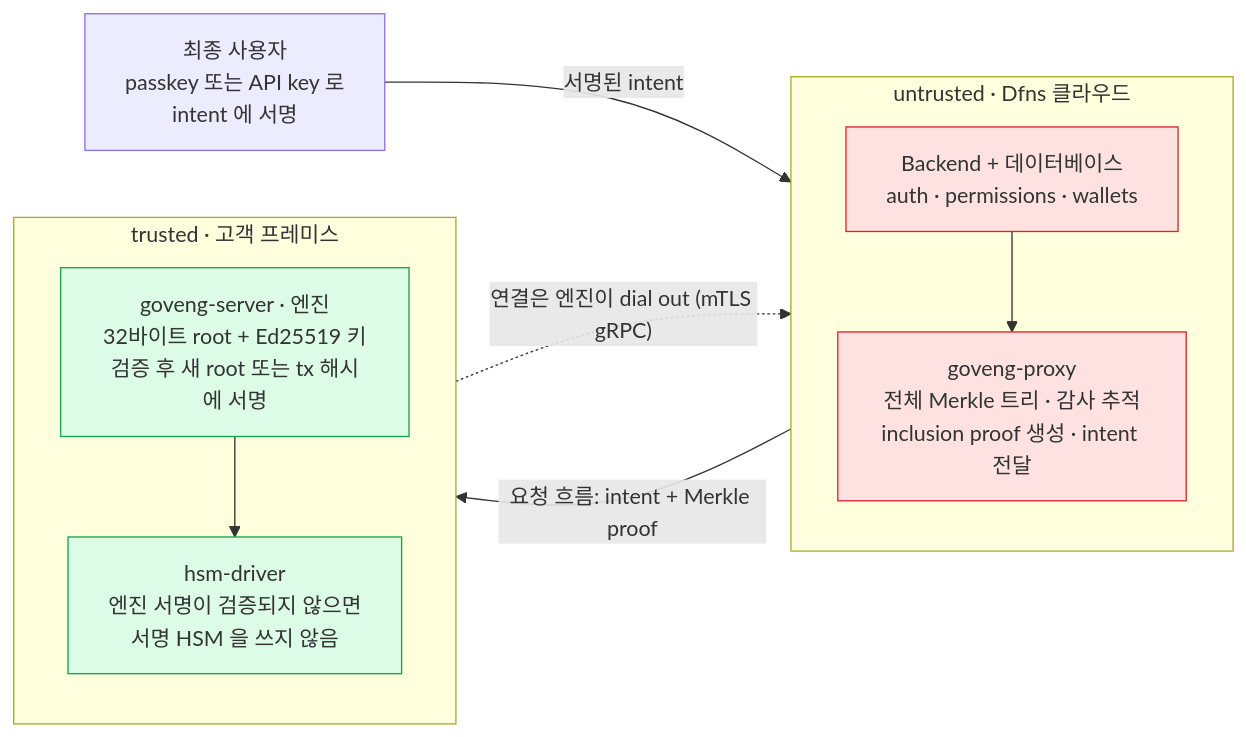
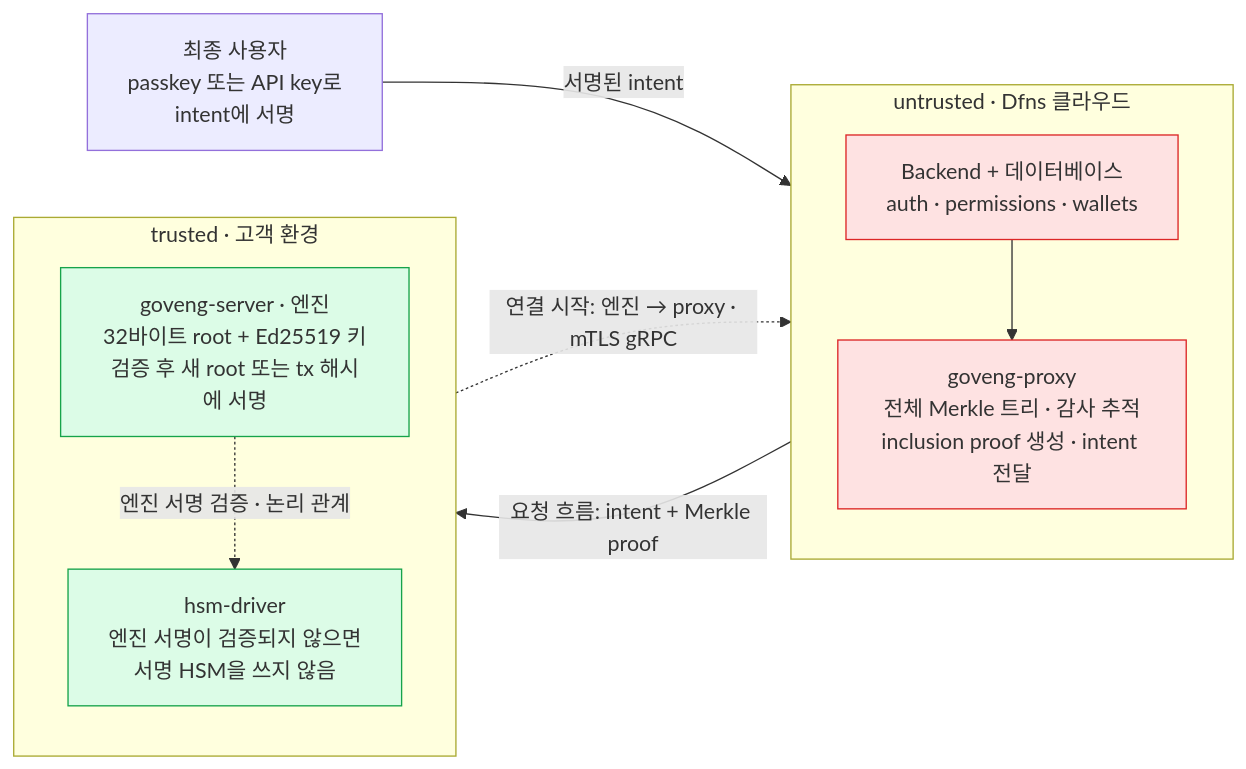
One commit to eunsujeo/eunpus changed the second of 3 diagrams in blockchain-manager/docs/플랫폼 아키텍처/Dfns/01-governance-engine.md. Above: the diagram before and after it, drawn with Mermaid. The commit also changed other lines of this file and 5 other files, not shown here.

Commit message:
docs: clarify Dfns deployment and governance architecture

````diff
--- a/blockchain-manager/docs/플랫폼 아키텍처/Dfns/01-governance-engine.md
+++ b/blockchain-manager/docs/플랫폼 아키텍처/Dfns/01-governance-engine.md
@@ -51,22 +86,22 @@
 ```mermaid
 flowchart LR
   subgraph UNT["untrusted · Dfns 클라우드"]
     direction TB
     BE["Backend + 데이터베이스<br/>auth · permissions · wallets"]
     PX["goveng-proxy<br/>전체 Merkle 트리 · 감사 추적<br/>inclusion proof 생성 · intent 전달"]
     BE --> PX
   end
-  subgraph TR["trusted · 고객 프레미스"]
+  subgraph TR["trusted · 고객 환경"]
     direction TB
     EN["goveng-server · 엔진<br/>32바이트 root + Ed25519 키<br/>검증 후 새 root 또는 tx 해시에 서명"]
-    HD["hsm-driver<br/>엔진 서명이 검증되지 않으면<br/>서명 HSM 을 쓰지 않음"]
-    EN --> HD
+    HD["hsm-driver<br/>엔진 서명이 검증되지 않으면<br/>서명 HSM을 쓰지 않음"]
+    EN -.->|"엔진 서명 검증 · 논리 관계"| HD
   end
-  U["최종 사용자<br/>passkey 또는 API key 로<br/>intent 에 서명"] -->|"서명된 intent"| BE
+  U["최종 사용자<br/>passkey 또는 API key로<br/>intent에 서명"] -->|"서명된 intent"| BE
   PX -->|"요청 흐름: intent + Merkle proof"| EN
-  EN -.->|"연결은 엔진이 dial out (mTLS gRPC)"| PX
+  EN -.->|"연결 시작: 엔진 → proxy · mTLS gRPC"| PX
   classDef bad fill:#fee2e2,stroke:#dc2626
   classDef good fill:#dcfce7,stroke:#16a34a
   class BE,PX bad
   class EN,HD good
 ```
````
